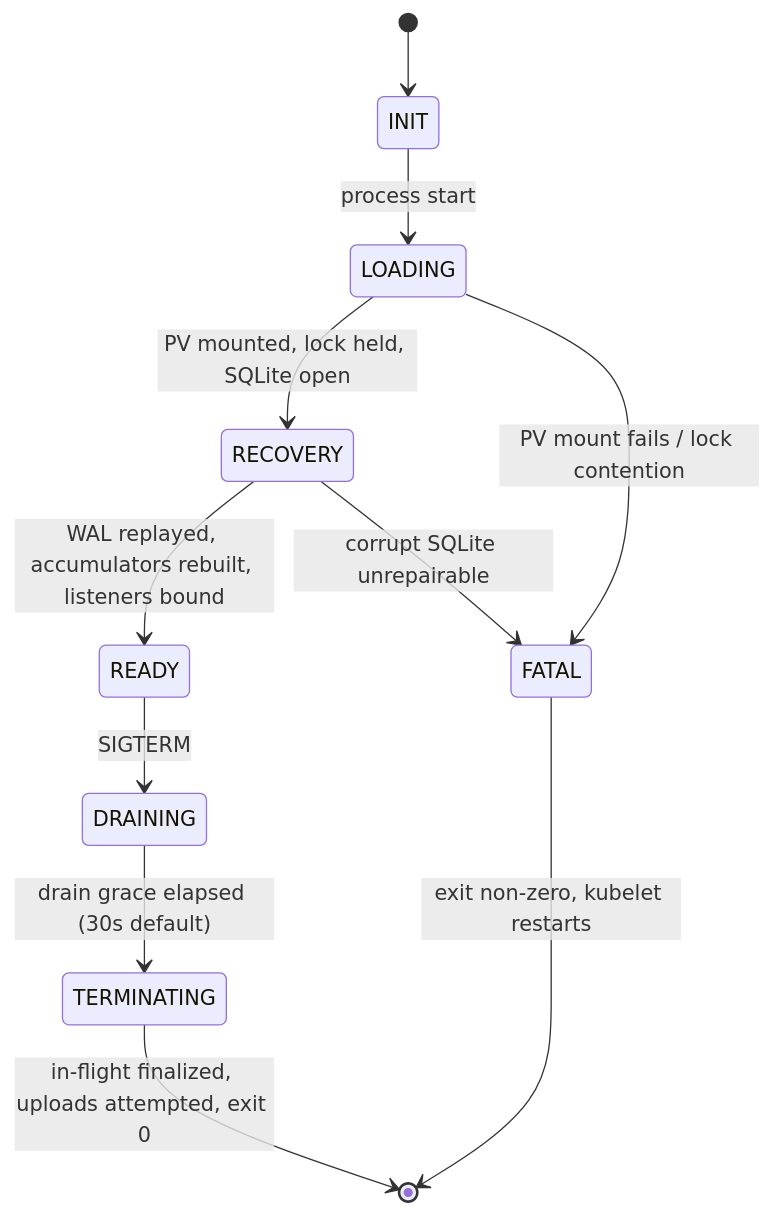
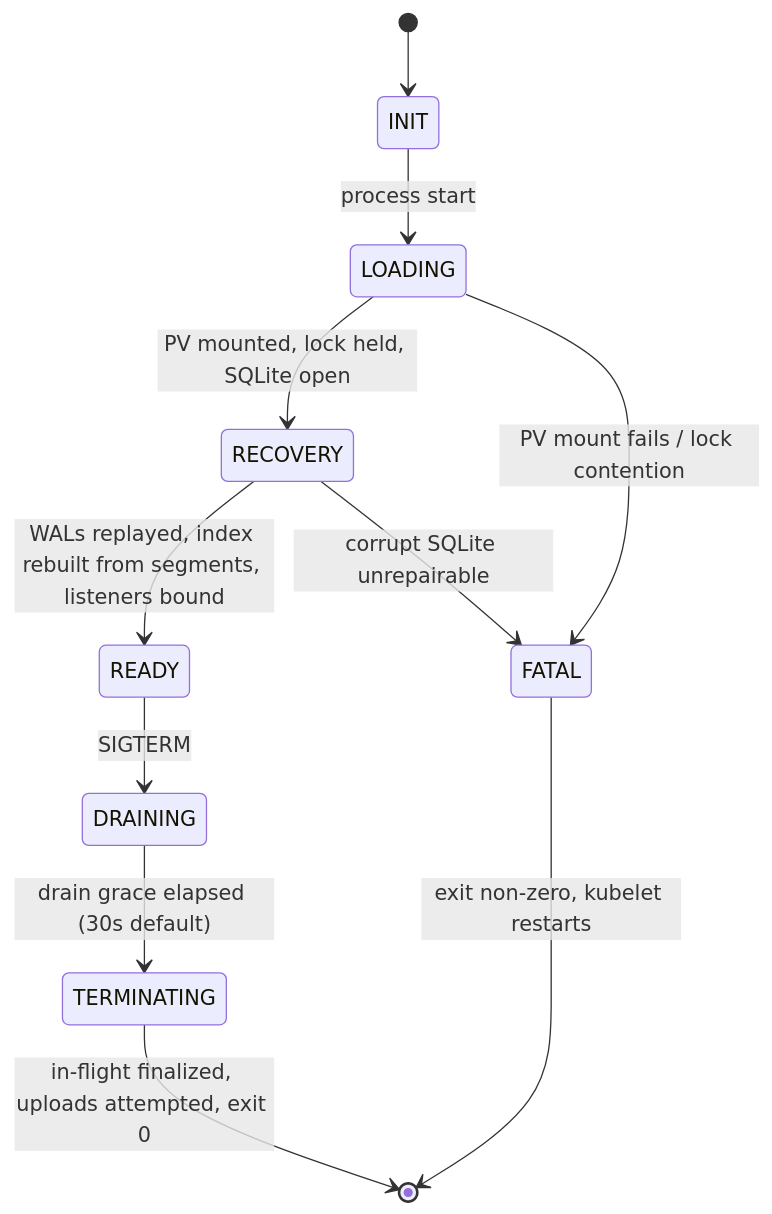
The third of 5 diagrams in backend/docs/design/05-diagrams.md (vlsi/qubership-profiler-agent), drawn with Mermaid before and after one commit. The commit also changed other lines of this file and 6 other files, not shown here.

````diff
--- a/backend/docs/design/05-diagrams.md
+++ b/backend/docs/design/05-diagrams.md
@@ -112,13 +112,13 @@
 ```mermaid
 stateDiagram-v2
     [*] --> INIT
     INIT --> LOADING: process start
     LOADING --> RECOVERY: PV mounted, lock held, SQLite open
     LOADING --> FATAL: PV mount fails / lock contention
-    RECOVERY --> READY: WAL replayed, accumulators rebuilt, listeners bound
+    RECOVERY --> READY: WALs replayed, index rebuilt from segments, listeners bound
     RECOVERY --> FATAL: corrupt SQLite unrepairable
     READY --> DRAINING: SIGTERM
     DRAINING --> TERMINATING: drain grace elapsed (30s default)
     TERMINATING --> [*]: in-flight finalized, uploads attempted, exit 0
     FATAL --> [*]: exit non-zero, kubelet restarts
 ```
````
